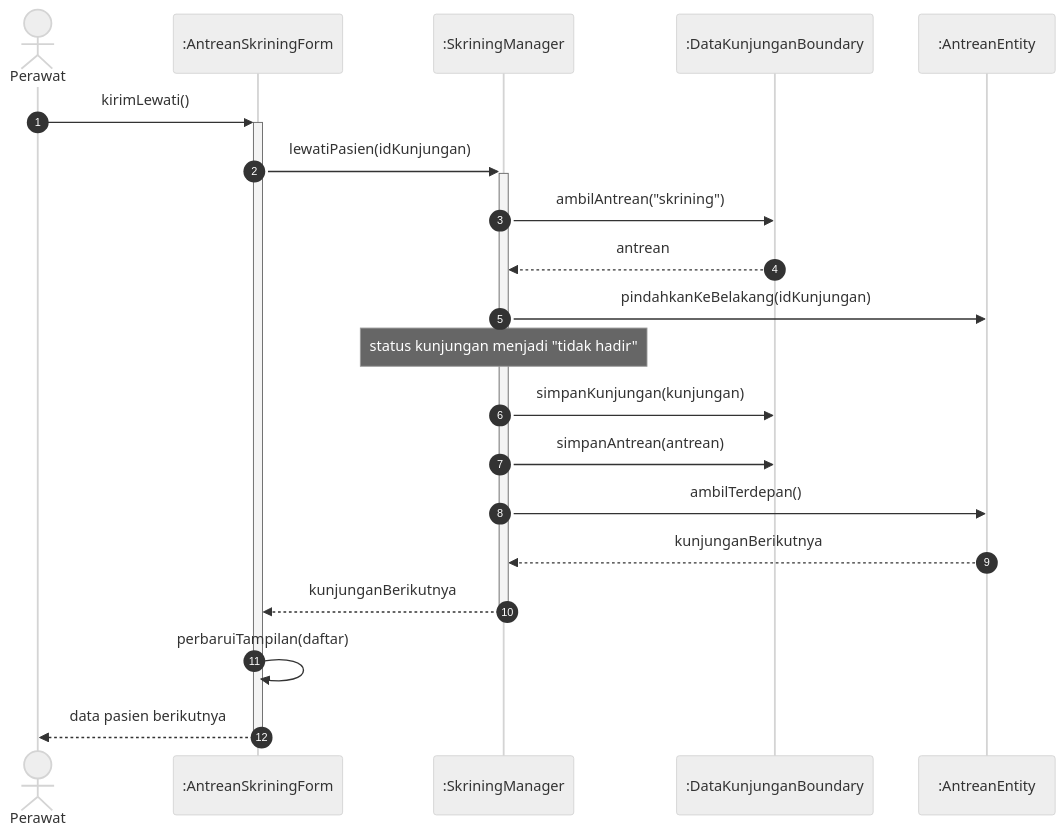
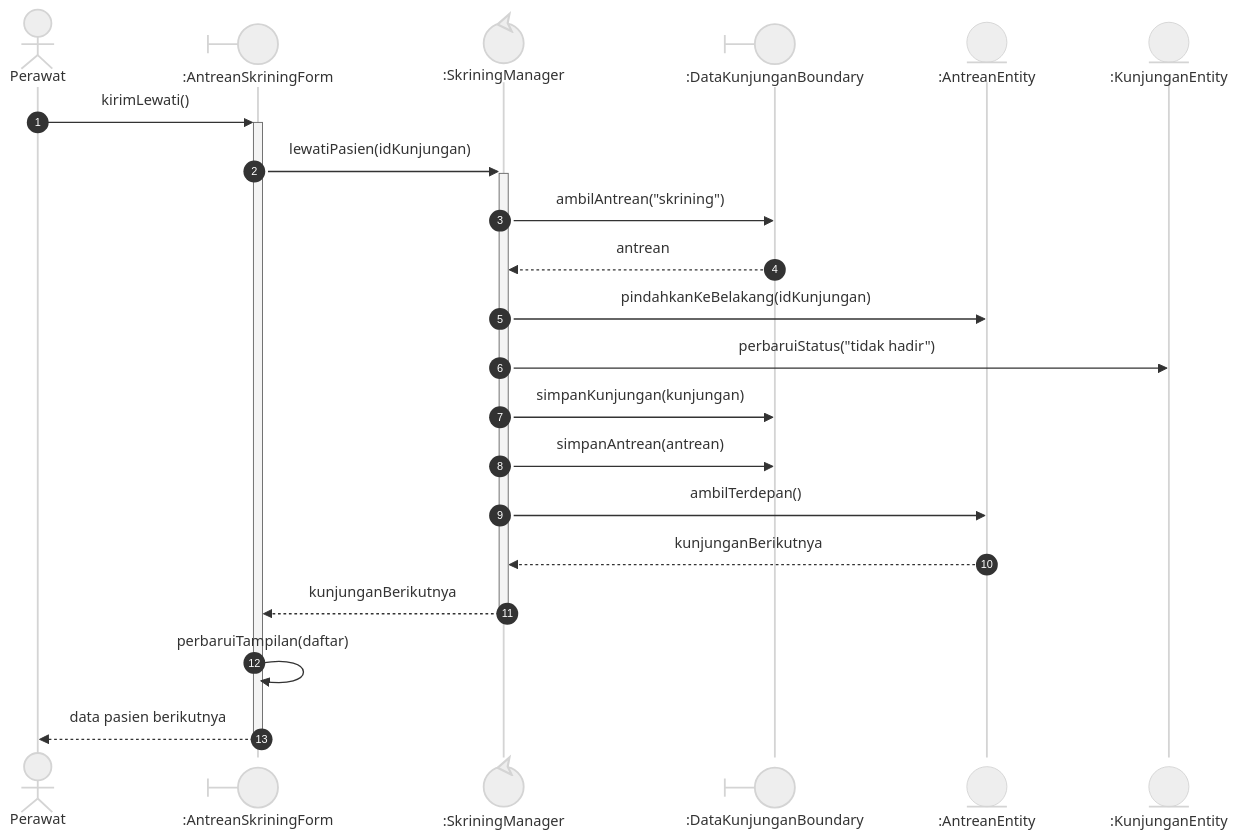
The diagram in docs/M7/assets/diagram/src/sequence-uc04-alt1.mmd (angseleong/IF2150-RPL-K02-G09), drawn with Mermaid (neutral theme) before and after one commit. The commit also changed 59 other files, not shown here.

Commit message:
docs(m7): gambar ulang sequence UC01-UC06 dengan notasi BCE dan pangkas diagram kelas

```diff
--- a/docs/M7/assets/diagram/src/sequence-uc04-alt1.mmd
+++ b/docs/M7/assets/diagram/src/sequence-uc04-alt1.mmd
@@ -1,20 +1,21 @@
 sequenceDiagram
   autonumber
   actor A as Perawat
-  participant AntreanSkriningForm as :AntreanSkriningForm
-  participant SkriningManager as :SkriningManager
-  participant DataKunjunganBoundary as :DataKunjunganBoundary
-  participant AntreanEntity as :AntreanEntity
+  participant AntreanSkriningForm@{ "type": "boundary" } as :AntreanSkriningForm
+  participant SkriningManager@{ "type": "control" } as :SkriningManager
+  participant DataKunjunganBoundary@{ "type": "boundary" } as :DataKunjunganBoundary
+  participant AntreanEntity@{ "type": "entity" } as :AntreanEntity
+  participant KunjunganEntity@{ "type": "entity" } as :KunjunganEntity
   A->>+AntreanSkriningForm: kirimLewati()
   AntreanSkriningForm->>+SkriningManager: lewatiPasien(idKunjungan)
   SkriningManager->>DataKunjunganBoundary: ambilAntrean("skrining")
   DataKunjunganBoundary-->>SkriningManager: antrean
   SkriningManager->>AntreanEntity: pindahkanKeBelakang(idKunjungan)
-  Note over SkriningManager: status kunjungan menjadi "tidak hadir"
+  SkriningManager->>KunjunganEntity: perbaruiStatus("tidak hadir")
   SkriningManager->>DataKunjunganBoundary: simpanKunjungan(kunjungan)
   SkriningManager->>DataKunjunganBoundary: simpanAntrean(antrean)
   SkriningManager->>AntreanEntity: ambilTerdepan()
   AntreanEntity-->>SkriningManager: kunjunganBerikutnya
   SkriningManager-->>-AntreanSkriningForm: kunjunganBerikutnya
   AntreanSkriningForm->>AntreanSkriningForm: perbaruiTampilan(daftar)
   AntreanSkriningForm-->>-A: data pasien berikutnya
```
